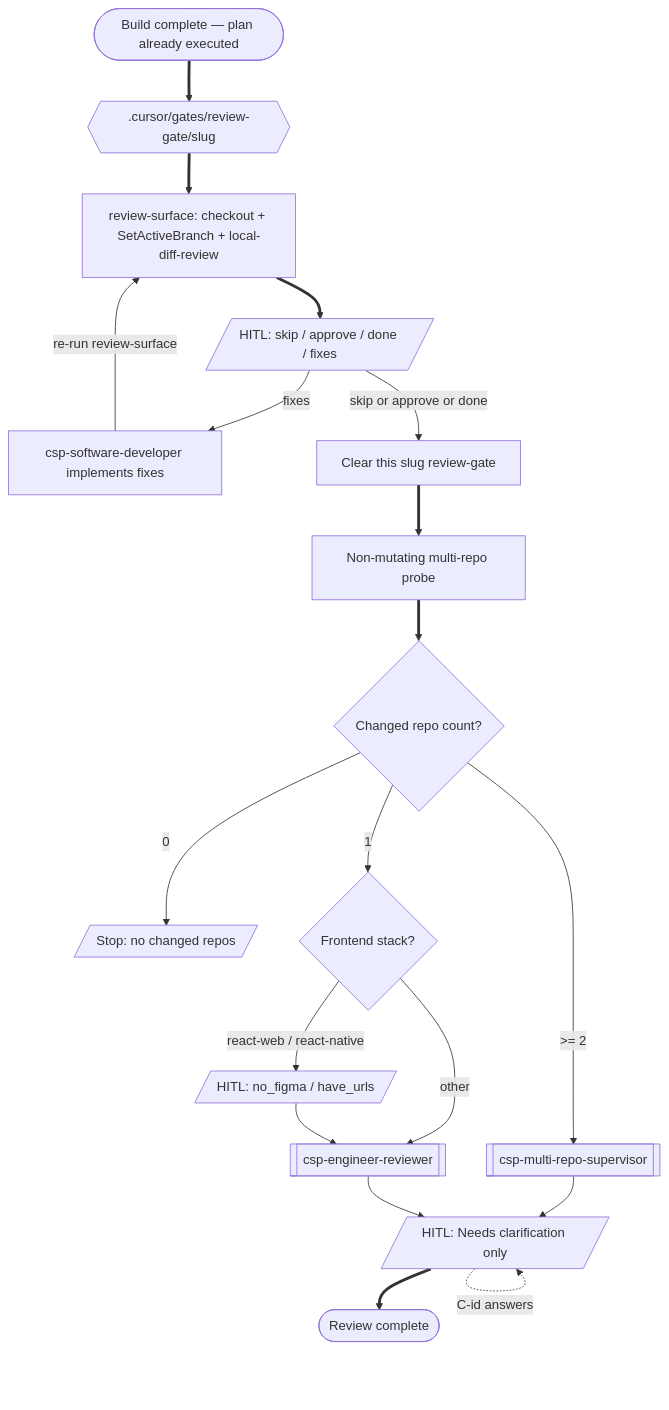
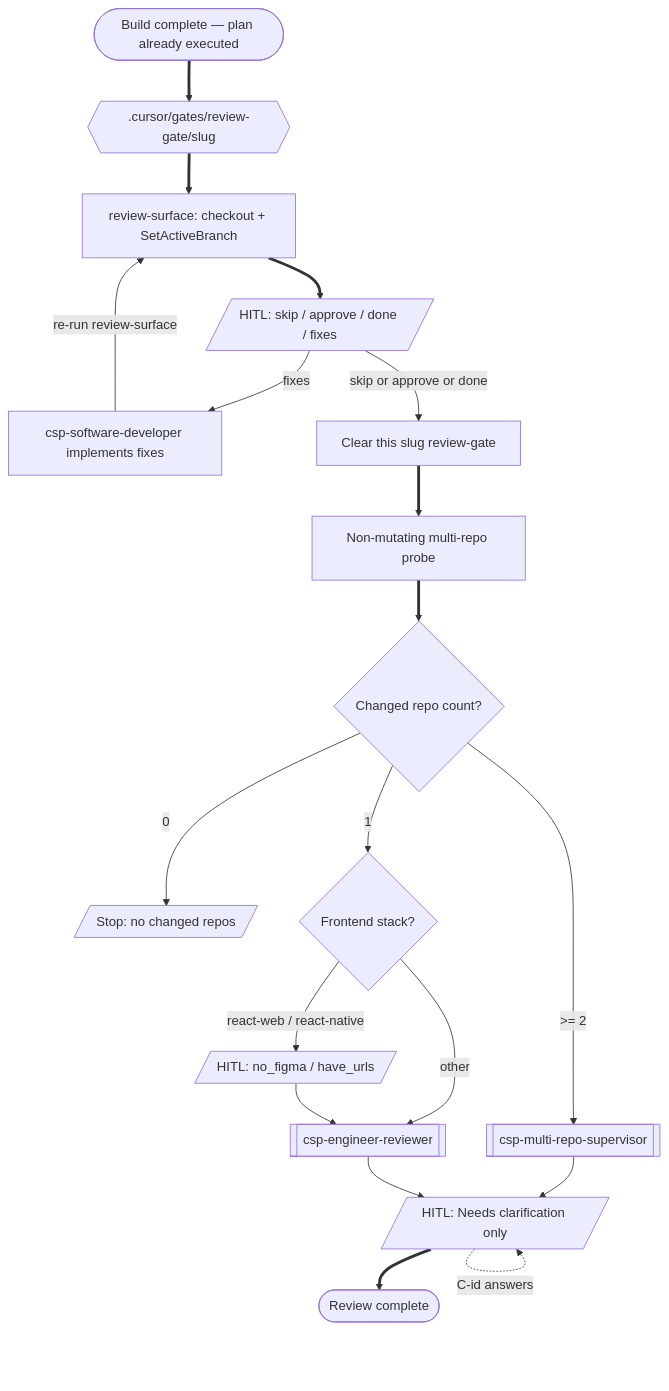
The sixth of 14 diagrams in docs/superpowers/pipeline-flow.md (a-trembak/loregate), drawn with Mermaid before and after one commit. The commit also changed other lines of this file and 30 other files, not shown here.

First line of the commit message:
Engineer-review before Local Diff Loop, plus human-language UI/backend rules (#102)

````diff
--- a/docs/superpowers/pipeline-flow.md
+++ b/docs/superpowers/pipeline-flow.md
@@ -358,37 +359,37 @@
 ```mermaid
 flowchart TD
   planDone(["Build complete — plan already executed"])
   writeReview{{".cursor/gates/review-gate/slug"}}
-  surface["review-surface: checkout + SetActiveBranch + local-diff-review"]
+  surface["review-surface: checkout + SetActiveBranch"]
   hitlFinish[/"HITL: skip / approve / done / fixes"/]
   doFixes["csp-software-developer implements fixes"]
   delReview["Clear this slug review-gate"]
   probe["Non-mutating multi-repo probe"]
   repoCount{Changed repo count?}
   stopZero[/"Stop: no changed repos"/]
   multi[["csp-multi-repo-supervisor"]]
   singleFrontend{Frontend stack?}
   figmaHitl[/"HITL: no_figma / have_urls"/]
   single[["csp-engineer-reviewer"]]
   clarify[/"HITL: Needs clarification only"/]
   reviewed(["Review complete"])
 
   planDone ==> writeReview
   writeReview ==> surface
   surface ==> hitlFinish
   hitlFinish -->|"fixes"| doFixes
   doFixes -->|"re-run review-surface"| surface
   hitlFinish -->|"skip or approve or done"| delReview
   delReview ==> probe
   probe ==> repoCount
   repoCount -->|"0"| stopZero
   repoCount -->|">= 2"| multi
   repoCount -->|"1"| singleFrontend
   singleFrontend -->|"react-web / react-native"| figmaHitl
   singleFrontend -->|"other"| single
   figmaHitl --> single
   multi --> clarify
   single --> clarify
   clarify -.->|"C-id answers"| clarify
   clarify ==> reviewed
 ```
````
